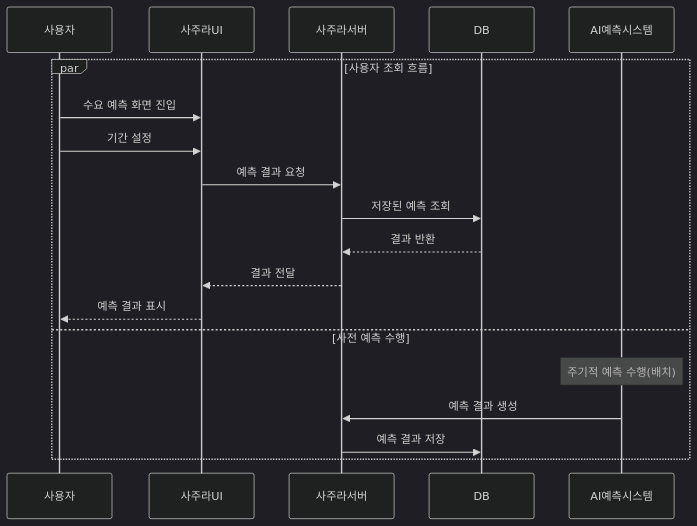
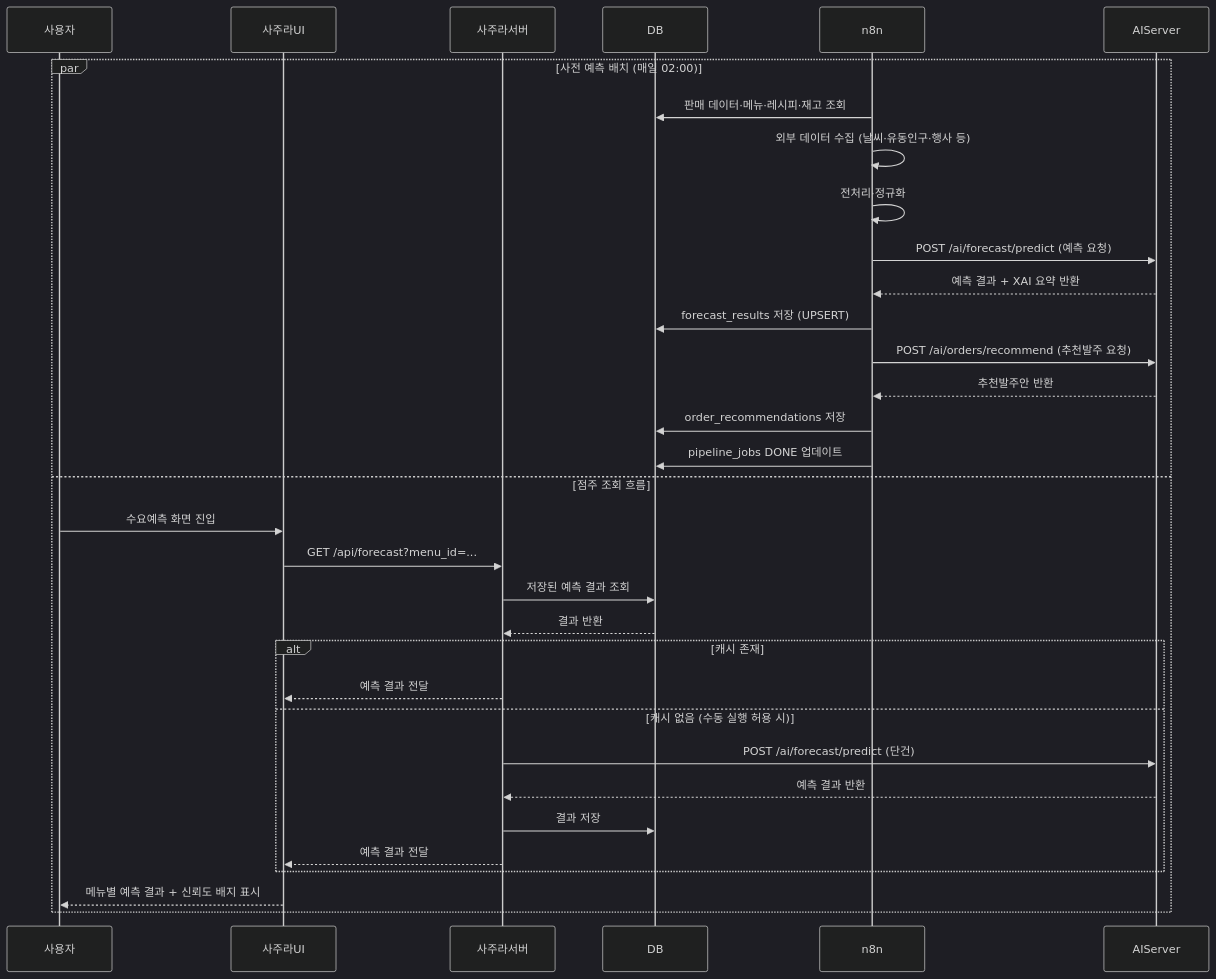
Before and after one commit to h-taek/CapstoneDesign_Sajura: the second of 7 diagrams in docs/07_flow/sequence.md, drawn with Mermaid (dark theme). The commit also changed other lines of this file and 11 other files, not shown here.

Commit message:
docs: update project documentation and architectural specifications across system design files

````diff
--- a/docs/07_flow/sequence.md
+++ b/docs/07_flow/sequence.md
@@ -69,22 +96,36 @@
 ```mermaid
 sequenceDiagram
     participant 사용자
     participant 사주라UI
     participant 사주라서버
     participant DB
-    participant AI예측시스템
+    participant n8n
+    participant AIServer
 
-    par 사용자 조회 흐름
-        사용자->>사주라UI: 수요 예측 화면 진입
-        사용자->>사주라UI: 기간 설정
-        사주라UI->>사주라서버: 예측 결과 요청
-        사주라서버->>DB: 저장된 예측 조회
+    par 사전 예측 배치 (매일 02:00)
+        n8n->>DB: 판매 데이터·메뉴·레시피·재고 조회
+        n8n->>n8n: 외부 데이터 수집 (날씨·유동인구·행사 등)
+        n8n->>n8n: 전처리·정규화
+        n8n->>AIServer: POST /ai/forecast/predict (예측 요청)
+        AIServer-->>n8n: 예측 결과 + XAI 요약 반환
+        n8n->>DB: forecast_results 저장 (UPSERT)
+        n8n->>AIServer: POST /ai/orders/recommend (추천발주 요청)
+        AIServer-->>n8n: 추천발주안 반환
+        n8n->>DB: order_recommendations 저장
+        n8n->>DB: pipeline_jobs DONE 업데이트
+    and 점주 조회 흐름
+        사용자->>사주라UI: 수요예측 화면 진입
+        사주라UI->>사주라서버: GET /api/forecast?menu_id=...
+        사주라서버->>DB: 저장된 예측 결과 조회
         DB-->>사주라서버: 결과 반환
-        사주라서버-->>사주라UI: 결과 전달
-        사주라UI-->>사용자: 예측 결과 표시
-    and 사전 예측 수행
-        Note over AI예측시스템: 주기적 예측 수행(배치)
-        AI예측시스템->>사주라서버: 예측 결과 생성
-        사주라서버->>DB: 예측 결과 저장
+        alt 캐시 존재
+            사주라서버-->>사주라UI: 예측 결과 전달
+        else 캐시 없음 (수동 실행 허용 시)
+            사주라서버->>AIServer: POST /ai/forecast/predict (단건)
+            AIServer-->>사주라서버: 예측 결과 반환
+            사주라서버->>DB: 결과 저장
+            사주라서버-->>사주라UI: 예측 결과 전달
+        end
+        사주라UI-->>사용자: 메뉴별 예측 결과 + 신뢰도 배지 표시
     end
 ```
````
